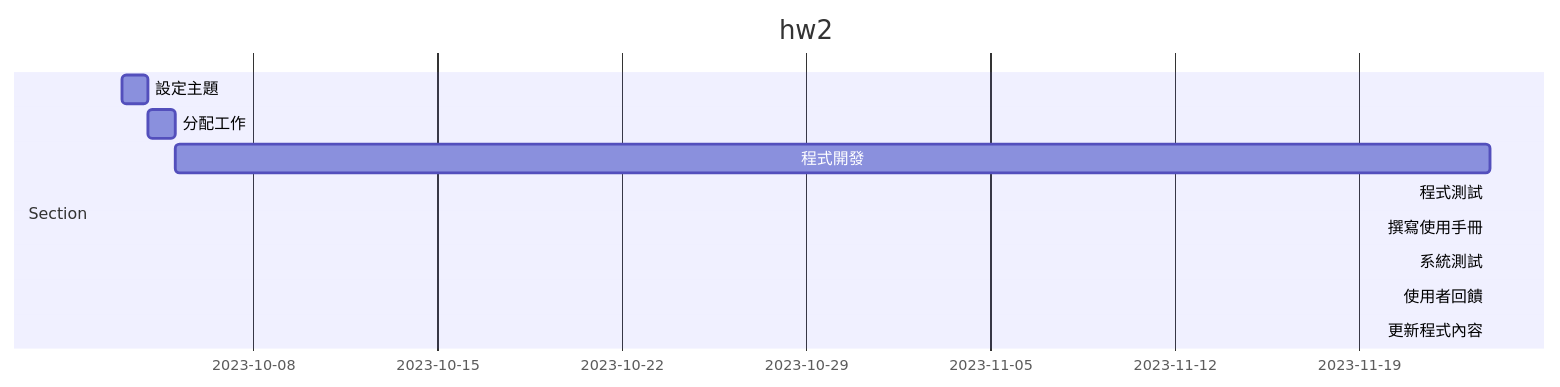
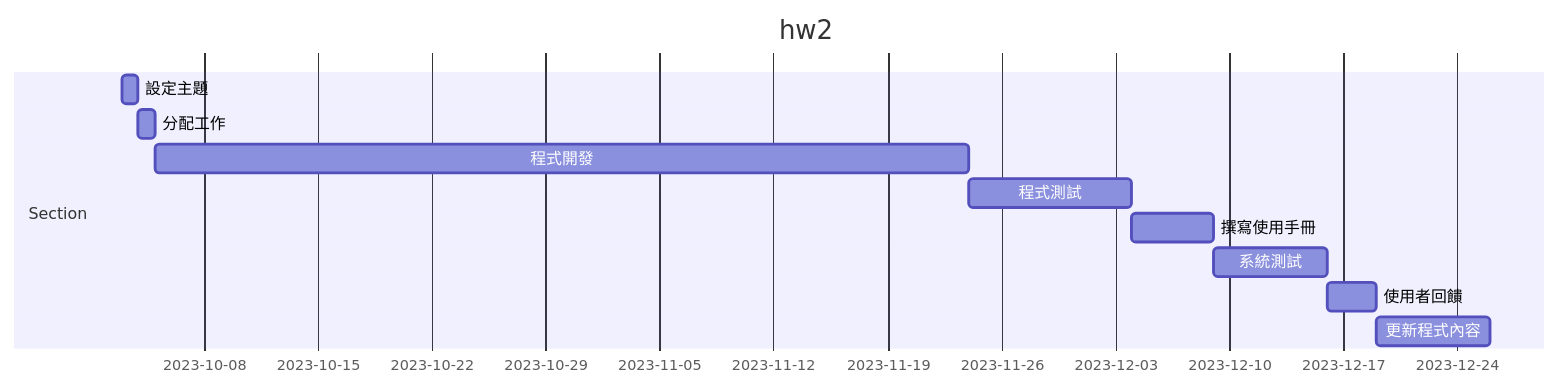
The diagram in hw2.md (xinyi1201/Group5), drawn with Mermaid before and after one commit.

````diff
--- a/hw2.md
+++ b/hw2.md
@@ -14,14 +14,14 @@
 ```mermaid
 gantt
     title hw2
 
     section Section
     設定主題     :a1, 2023-10-03, 0.5d
     分配工作     :a2, after a1, 0.5d
     程式開發     :a3, after a2 , 50d
-    程式測試     :a4, after a3  , 10d 3
-    撰寫使用手冊 :a5, after  a4  , 5d 2
-    系統測試     :a6, after a5  , 7d 2
-    使用者回饋    :a7, after a6 , 3d 5
-    更新程式內容  :a8, after a7 , 7d 3
+    程式測試     :a4, after a3  , 10d
+    撰寫使用手冊 :a5, after  a4  , 5d
+    系統測試     :a6, after a5  , 7d
+    使用者回饋    :a7, after a6 , 3d
+    更新程式內容  :a8, after a7 , 7d
 ```
````
